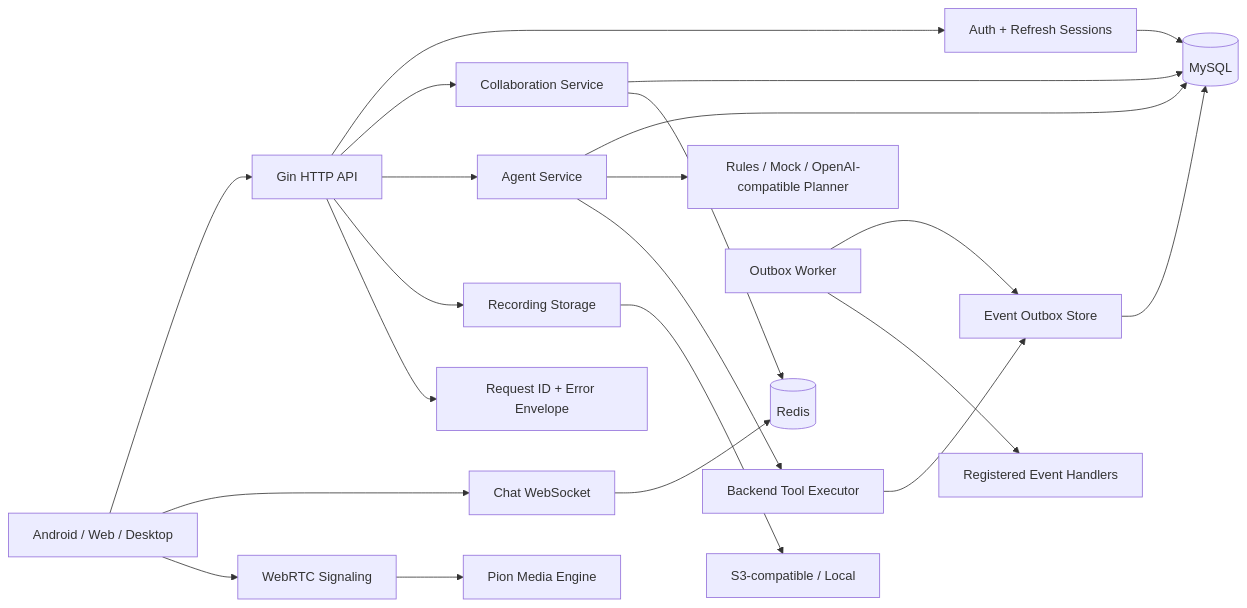
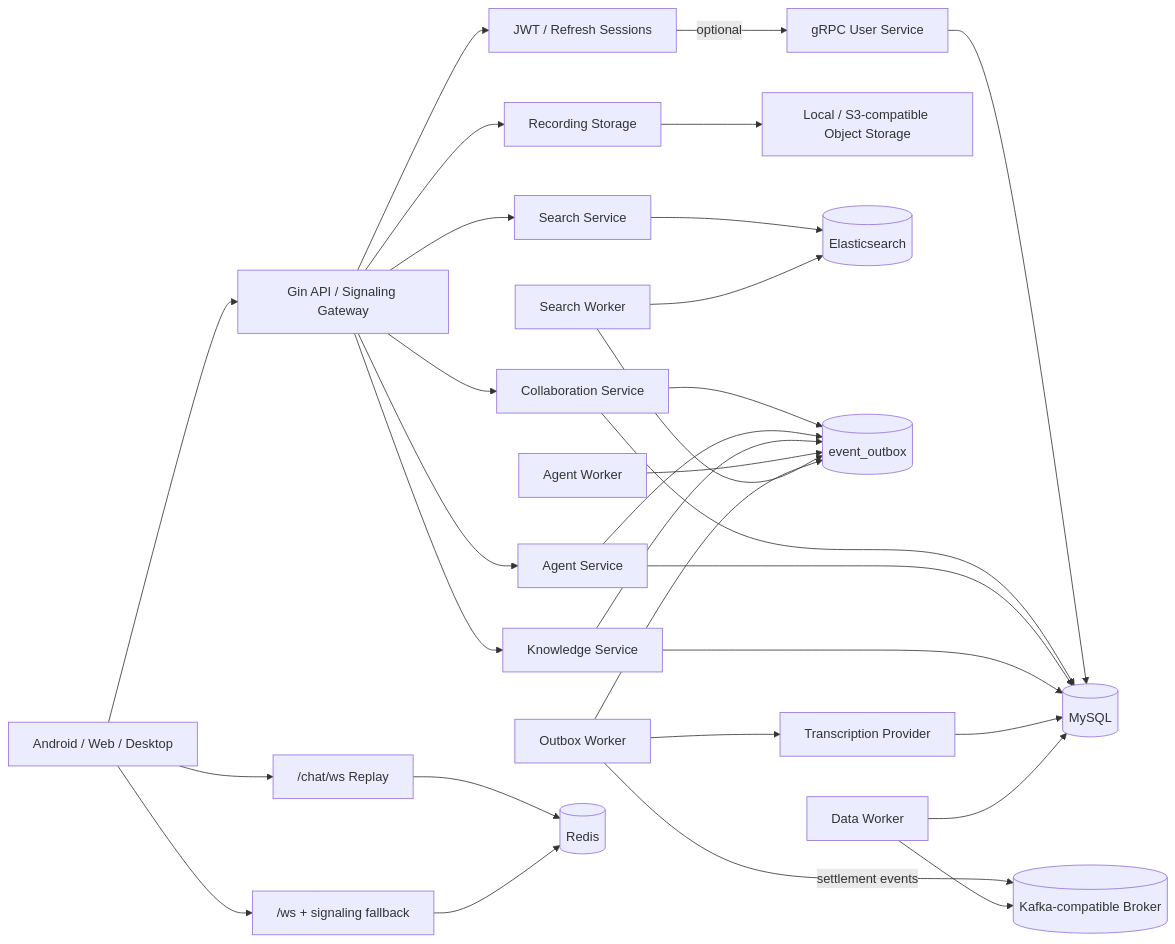
One commit to XianingY/AllCallAll changed the first of 4 diagrams in docs/interview/system-design.md. Above: the diagram before and after it, drawn with Mermaid. The commit also changed other lines of this file and 31 other files, not shown here.

Commit message:
docs: align docs with current backend architecture

````diff
--- a/docs/interview/system-design.md
+++ b/docs/interview/system-design.md
@@ -11,28 +11,41 @@
 ```mermaid
 flowchart LR
-    Client["Android / Web / Desktop"] --> API["Gin HTTP API"]
-    Client --> WS["Chat WebSocket"]
-    Client --> RTC["WebRTC Signaling"]
+    Client["Android / Web / Desktop"] --> API["Gin API / Signaling Gateway"]
+    Client --> ChatWS["/chat/ws Replay"]
+    Client --> RTC["/ws + signaling fallback"]
 
-    API --> Auth["Auth + Refresh Sessions"]
+    API --> Auth["JWT / Refresh Sessions"]
+    Auth -- optional --> UserSvc["gRPC User Service"]
+    UserSvc --> MySQL[("MySQL")]
+
     API --> Collab["Collaboration Service"]
     API --> Agent["Agent Service"]
+    API --> Knowledge["Knowledge Service"]
+    API --> Search["Search Service"]
     API --> Storage["Recording Storage"]
-    API --> Trace["Request ID + Error Envelope"]
 
-    Collab --> MySQL[("MySQL")]
-    Auth --> MySQL
+    Collab --> MySQL
     Agent --> MySQL
-    Storage --> S3["S3-compatible / Local"]
+    Knowledge --> MySQL
+    Storage --> Obj["Local / S3-compatible Object Storage"]
+    Search --> ES[("Elasticsearch")]
 
-    Collab --> Redis[("Redis")]
-    WS --> Redis
-    RTC --> Media["Pion Media Engine"]
+    Collab --> Outbox[("event_outbox")]
+    Agent --> Outbox
+    Knowledge --> Outbox
 
-    Agent --> Planner["Rules / Mock / OpenAI-compatible Planner"]
-    Agent --> Tools["Backend Tool Executor"]
-    Tools --> Outbox["Event Outbox Store"]
-    Outbox --> MySQL
-    Worker["Outbox Worker"] --> Outbox
-    Worker --> Handlers["Registered Event Handlers"]
+    AgentWorker["Agent Worker"] --> Outbox
+    OutboxWorker["Outbox Worker"] --> Outbox
+    SearchWorker["Search Worker"] --> Outbox
+
+    OutboxWorker --> Transcription["Transcription Provider"]
+    Transcription --> MySQL
+
+    OutboxWorker -- settlement events --> Kafka[("Kafka-compatible Broker")]
+    DataWorker["Data Worker"] --> Kafka
+    DataWorker --> MySQL
+
+    SearchWorker --> ES
+    ChatWS --> Redis[("Redis")]
+    RTC --> Redis
 ```
````
